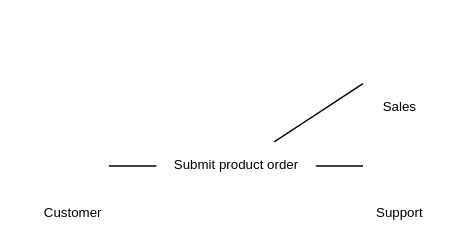
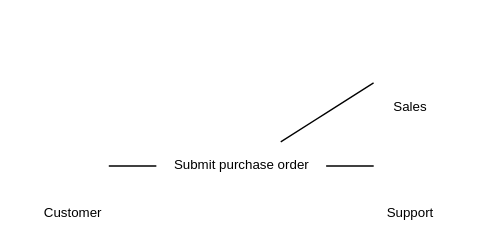
Before and after one commit to hean01/graphviz-uml: the diagram in examples/usecase1.gv, drawn with Graphviz.

Commit message:
Change objective name.

```diff
--- a/examples/usecase1.gv
+++ b/examples/usecase1.gv
@@ -1,27 +1,27 @@
 digraph G {
 	/* basic setup */
 	rankdir = LR;
 	fontname="Helvetica";
 	fontsize="10";
 	edge [arrowhead=none];
 	node [shape=objective,peripheries=0,label="",fontname="Helvetica", fontsize="10"];
 
 	/* Actors */
 	subgraph clusterCustomer {label="Customer"; labelloc="b"; peripheries=0;
 		 customer [shape=actor]; };
 
 	subgraph clusterSales {label="Sales"; labelloc="b"; peripheries=0;
 		 sales [shape=actor]; };
 
 	subgraph clusterSupport {label="Support"; labelloc="b"; peripheries=0;
 		 support [shape=actor]; };
 
 
 	/* Objectives */
-	order [label="Submit product order"];
+	order [label="Submit purchase order"];
 	
 	/* Relations */
 	customer->order
 	order->sales
 	order->support
 }
```
